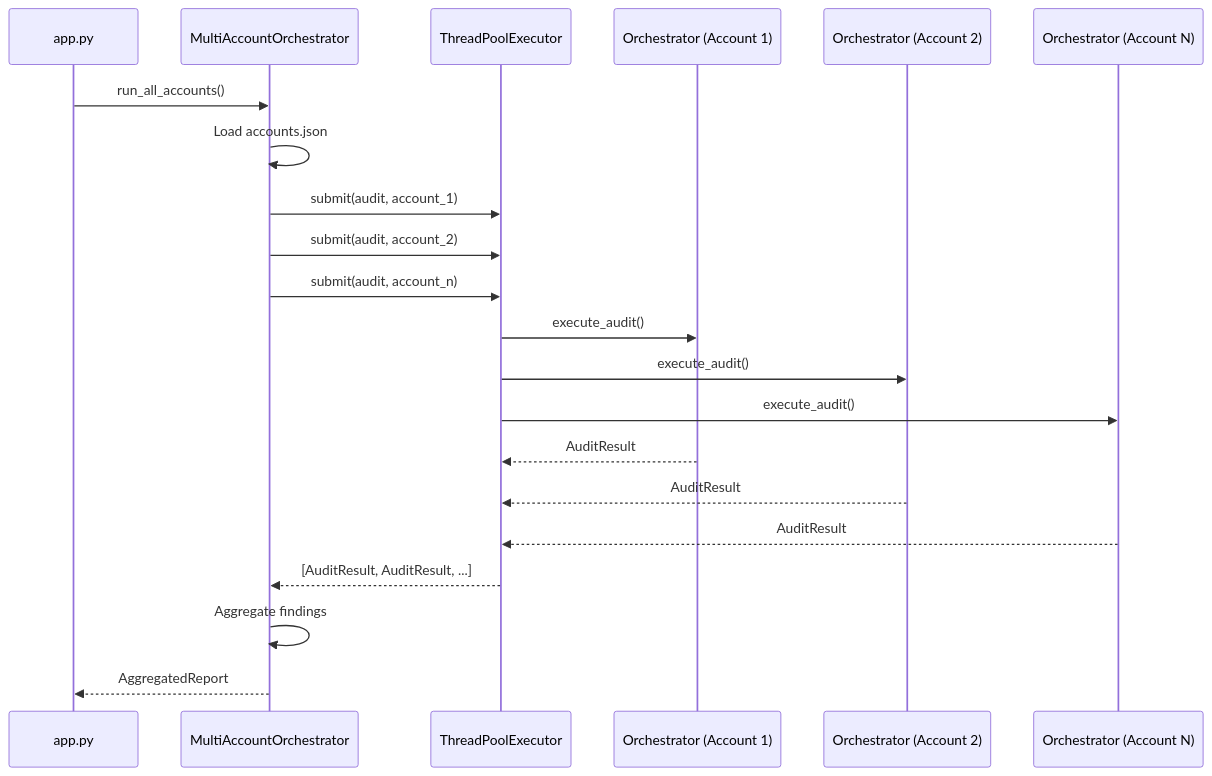
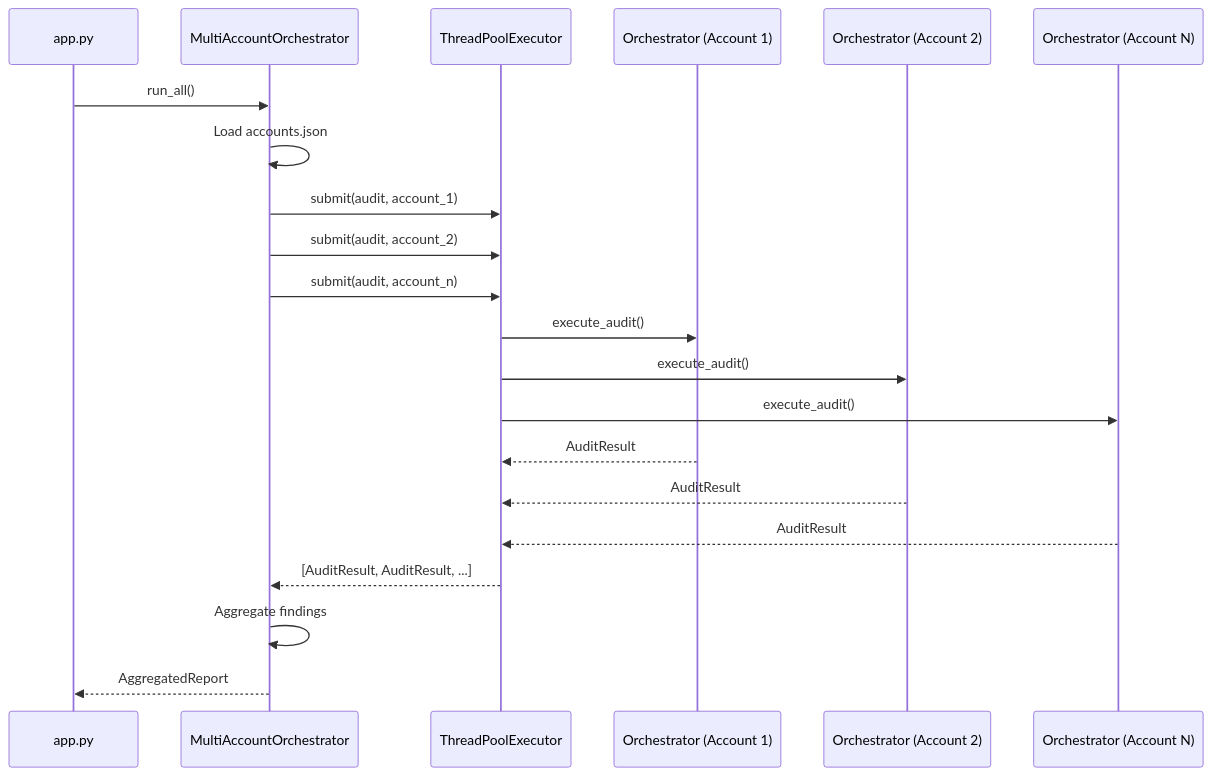
Before and after one commit to darthrevan030/kiro-buildfest-2026: the third of 5 diagrams in .kiro/specs/cloud-janitor-phase-bc/design.md, drawn with Mermaid. The commit also changed other lines of this file and 1 other file, not shown here.

````diff
--- a/.kiro/specs/cloud-janitor-phase-bc/design.md
+++ b/.kiro/specs/cloud-janitor-phase-bc/design.md
@@ -140,27 +140,27 @@
 ```mermaid
 sequenceDiagram
     participant App as app.py
     participant MAO as MultiAccountOrchestrator
     participant Pool as ThreadPoolExecutor
     participant O1 as Orchestrator (Account 1)
     participant O2 as Orchestrator (Account 2)
     participant O3 as Orchestrator (Account N)
 
-    App->>MAO: run_all_accounts()
+    App->>MAO: run_all()
     MAO->>MAO: Load accounts.json
     MAO->>Pool: submit(audit, account_1)
     MAO->>Pool: submit(audit, account_2)
     MAO->>Pool: submit(audit, account_n)
 
     Pool->>O1: execute_audit()
     Pool->>O2: execute_audit()
     Pool->>O3: execute_audit()
 
     O1-->>Pool: AuditResult
     O2-->>Pool: AuditResult
     O3-->>Pool: AuditResult
 
     Pool-->>MAO: [AuditResult, AuditResult, ...]
     MAO->>MAO: Aggregate findings
     MAO-->>App: AggregatedReport
 ```
````
